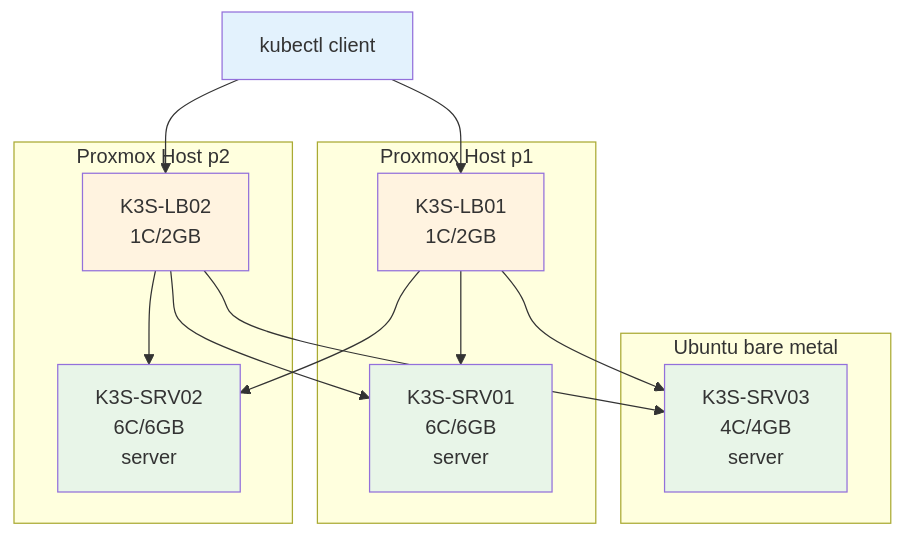
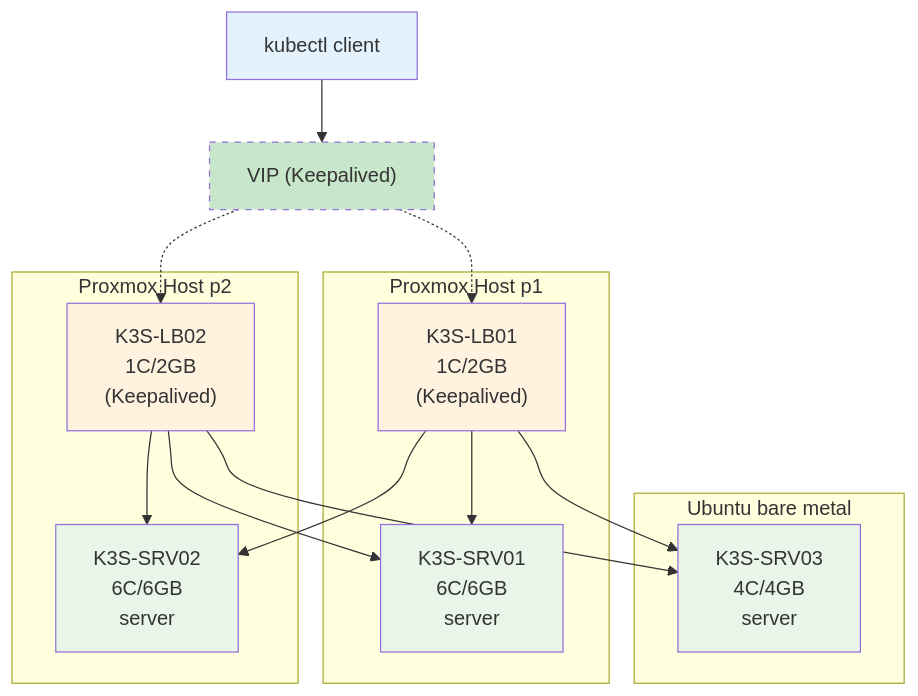
Before and after one commit to Justin-De-Sio/homelab: the first of 2 diagrams in README.md, drawn with Mermaid.

Commit message:
Add the keepalived VIP to the graph

````diff
--- a/README.md
+++ b/README.md
@@ -71,34 +71,36 @@
 ```mermaid
 graph TB
     CLIENT["kubectl client"]
     
     subgraph "Proxmox Host p1"
-        LB1["K3S-LB01<br/>1C/2GB"]
+        LB1["K3S-LB01<br/>1C/2GB<br/>(Keepalived)"]
         SRV1["K3S-SRV01<br/>6C/6GB<br/>server"]
     end
     
     subgraph "Proxmox Host p2"
-        LB2["K3S-LB02<br/>1C/2GB"]
+        LB2["K3S-LB02<br/>1C/2GB<br/>(Keepalived)"]
         SRV2["K3S-SRV02<br/>6C/6GB<br/>server"]
     end
 
     subgraph "Ubuntu bare metal"
         SRV3["K3S-SRV03<br/>4C/4GB<br/>server"]
     end
-    
-    CLIENT --> LB1
-    CLIENT --> LB2
+
+    CLIENT --> VIP["VIP (Keepalived)"]
+    VIP -.-> LB1
+    VIP -.-> LB2
     LB1 --> SRV1
     LB1 --> SRV2
     LB1 --> SRV3
     LB2 --> SRV1
     LB2 --> SRV2
     LB2 --> SRV3
 
     style CLIENT fill:#e3f2fd
+    style VIP fill:#c8e6c9,stroke-dasharray: 5 5
     style LB1 fill:#fff3e0
     style LB2 fill:#fff3e0
     style SRV1 fill:#e8f5e8
     style SRV2 fill:#e8f5e8
     style SRV3 fill:#e8f5e8
 ```
````
